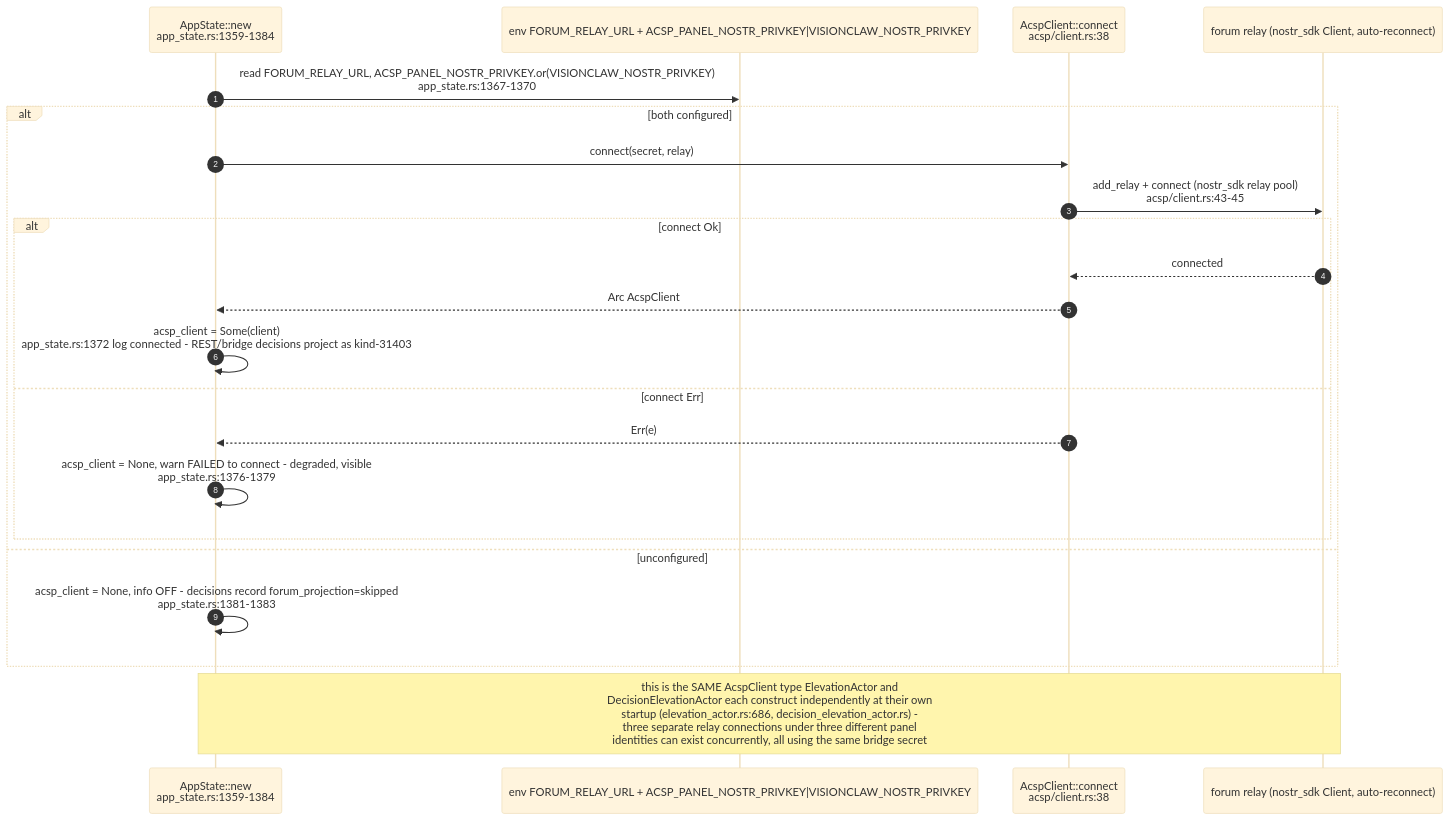
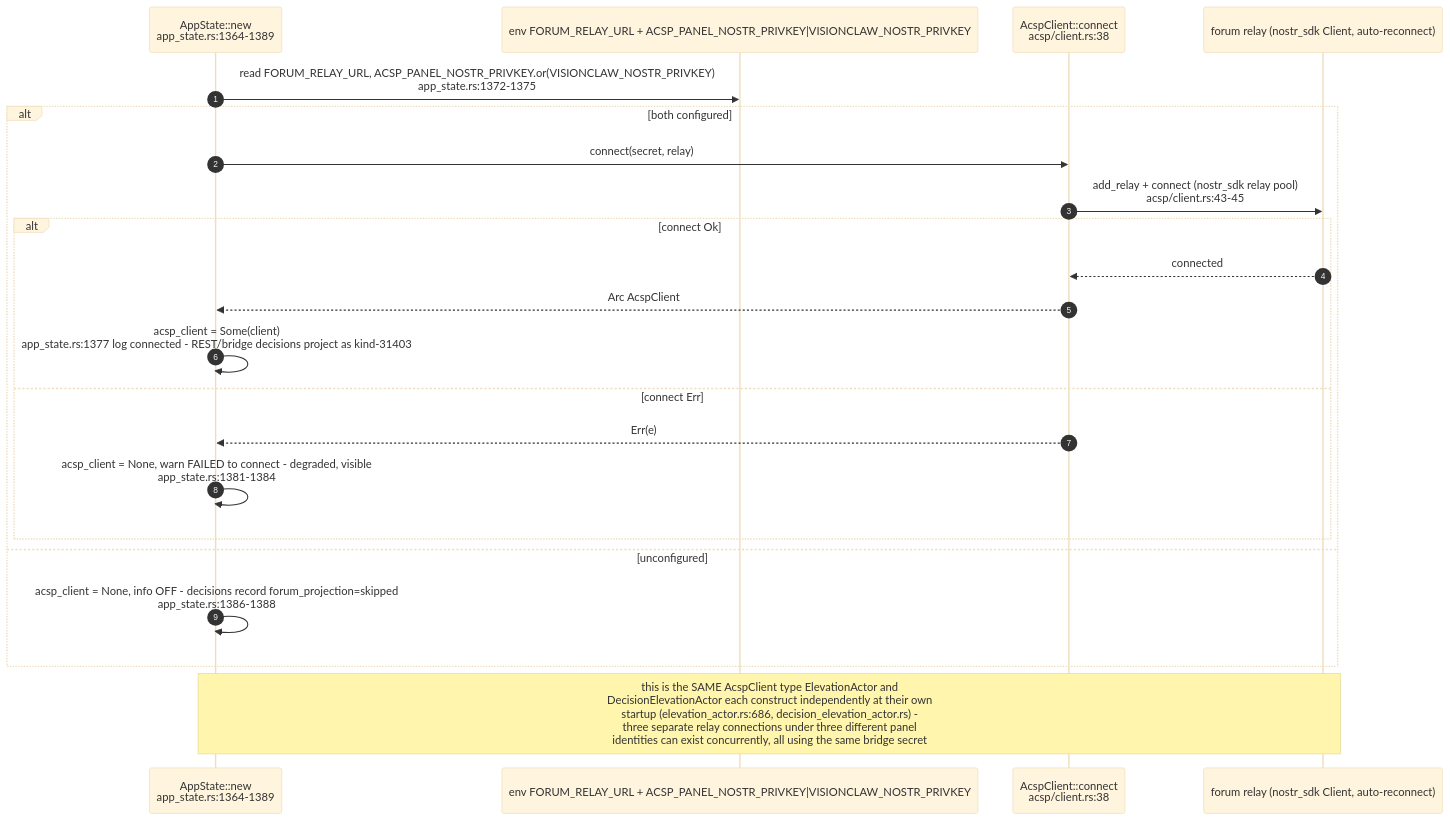
Diagram 11 of 11 in docs/diagrams/visionclaw/24-acsp-decision-elevation.md (DreamLab-AI/AR-AI-Knowledge-Graph), drawn with Mermaid (base theme) before and after one commit. The commit also changed other lines of this file and 73 other files, not shown here.

First line of the commit message:
docs(diagrams): re-verify all 71 topic files against HEAD; add --cite-check

````diff
--- a/docs/diagrams/visionclaw/24-acsp-decision-elevation.md
+++ b/docs/diagrams/visionclaw/24-acsp-decision-elevation.md
@@ -396,24 +397,24 @@
 ```mermaid
 sequenceDiagram
     autonumber
-    participant BOOT as AppState::new<br/>app_state.rs:1359-1384
+    participant BOOT as AppState::new<br/>app_state.rs:1364-1389
     participant ENV as env FORUM_RELAY_URL + ACSP_PANEL_NOSTR_PRIVKEY|VISIONCLAW_NOSTR_PRIVKEY
     participant ACSP as AcspClient::connect<br/>acsp/client.rs:38
     participant RELAY as forum relay (nostr_sdk Client, auto-reconnect)
-    BOOT->>ENV: read FORUM_RELAY_URL, ACSP_PANEL_NOSTR_PRIVKEY.or(VISIONCLAW_NOSTR_PRIVKEY)<br/>app_state.rs:1367-1370
+    BOOT->>ENV: read FORUM_RELAY_URL, ACSP_PANEL_NOSTR_PRIVKEY.or(VISIONCLAW_NOSTR_PRIVKEY)<br/>app_state.rs:1372-1375
     alt both configured
         BOOT->>ACSP: connect(secret, relay)
         ACSP->>RELAY: add_relay + connect (nostr_sdk relay pool)<br/>acsp/client.rs:43-45
         alt connect Ok
             RELAY-->>ACSP: connected
             ACSP-->>BOOT: Arc AcspClient
-            BOOT->>BOOT: acsp_client = Some(client)<br/>app_state.rs:1372 log connected - REST/bridge decisions project as kind-31403
+            BOOT->>BOOT: acsp_client = Some(client)<br/>app_state.rs:1377 log connected - REST/bridge decisions project as kind-31403
         else connect Err
             ACSP-->>BOOT: Err(e)
-            BOOT->>BOOT: acsp_client = None, warn FAILED to connect - degraded, visible<br/>app_state.rs:1376-1379
+            BOOT->>BOOT: acsp_client = None, warn FAILED to connect - degraded, visible<br/>app_state.rs:1381-1384
         end
     else unconfigured
-        BOOT->>BOOT: acsp_client = None, info OFF - decisions record forum_projection=skipped<br/>app_state.rs:1381-1383
+        BOOT->>BOOT: acsp_client = None, info OFF - decisions record forum_projection=skipped<br/>app_state.rs:1386-1388
     end
     Note over BOOT,RELAY: this is the SAME AcspClient type ElevationActor and<br/>DecisionElevationActor each construct independently at their own<br/>startup (elevation_actor.rs:686, decision_elevation_actor.rs) -<br/>three separate relay connections under three different panel<br/>identities can exist concurrently, all using the same bridge secret
 ```
````
